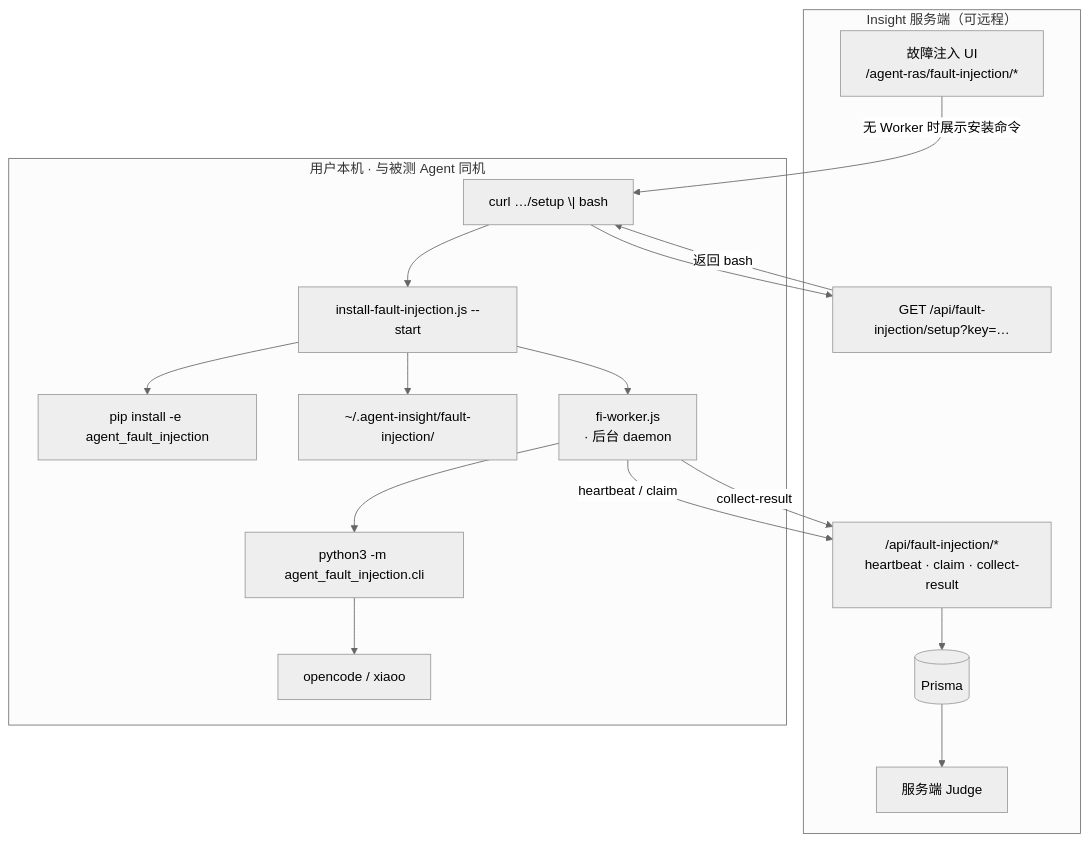
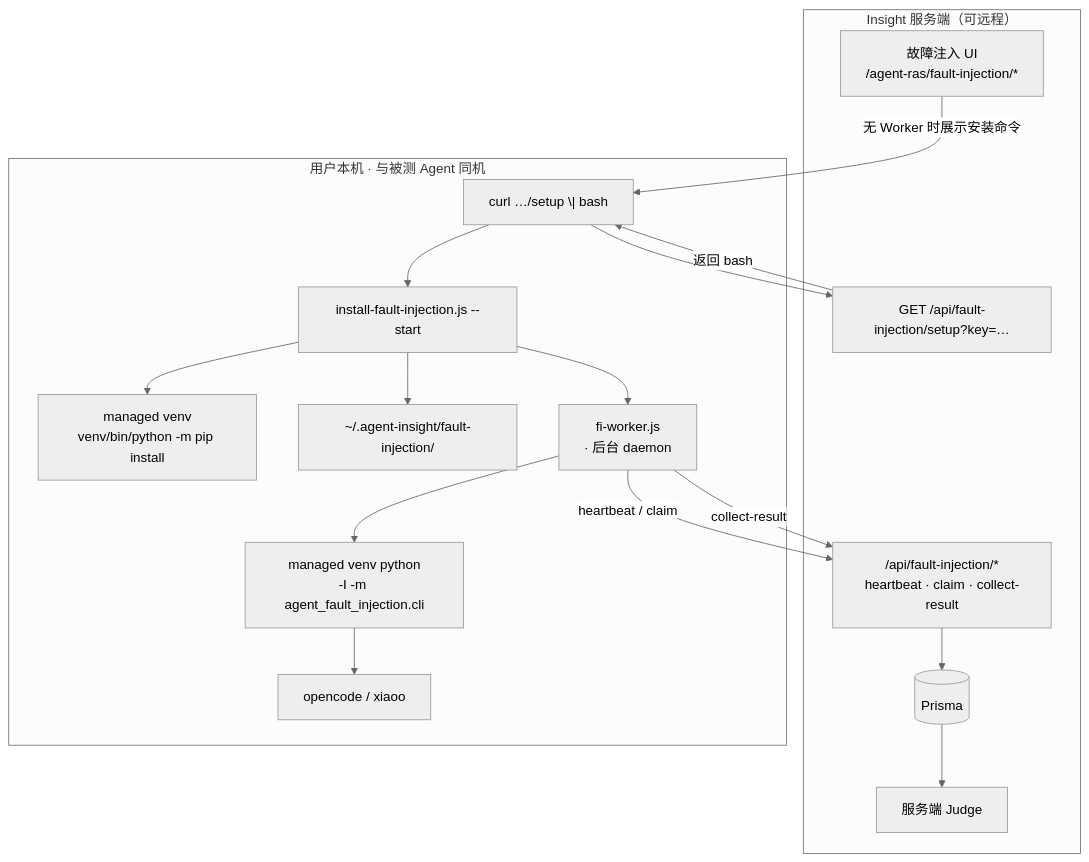
Before and after one commit to openeuler-mirror/agent-insight: the first of 5 diagrams in docs/agent-fault-injection/guides/local-install-process.md, drawn with Mermaid (neutral theme). The commit also changed other lines of this file and 22 other files, not shown here.

````diff
--- a/docs/agent-fault-injection/guides/local-install-process.md
+++ b/docs/agent-fault-injection/guides/local-install-process.md
@@ -16,30 +16,30 @@
 ```mermaid
 flowchart TB
   subgraph remote ["Insight 服务端（可远程）"]
     UI["故障注入 UI<br/>/agent-ras/fault-injection/*"]
     SetupAPI["GET /api/fault-injection/setup?key=…"]
     FIAPI["/api/fault-injection/*<br/>heartbeat · claim · collect-result"]
     DB[(Prisma)]
     Judge["服务端 Judge"]
   end
   subgraph userHost ["用户本机 · 与被测 Agent 同机"]
     Curl["curl …/setup \| bash"]
     Installer["install-fault-injection.js --start"]
-    Pip["pip install -e agent_fault_injection"]
+    Pip["managed venv<br/>venv/bin/python -m pip install"]
     Cfg["~/.agent-insight/fault-injection/"]
     Worker["fi-worker.js<br/>· 后台 daemon"]
-    CLI["python3 -m agent_fault_injection.cli"]
+    CLI["managed venv python<br/>-I -m agent_fault_injection.cli"]
     Agents["opencode / xiaoo"]
   end
   UI -->|"无 Worker 时展示安装命令"| Curl
   Curl --> SetupAPI
   SetupAPI -->|"返回 bash"| Curl
   Curl --> Installer
   Installer --> Pip
   Installer --> Cfg
   Installer --> Worker
   Worker -->|"heartbeat / claim"| FIAPI
   Worker --> CLI --> Agents
   Worker -->|"collect-result"| FIAPI
   FIAPI --> DB --> Judge
 ```
````
